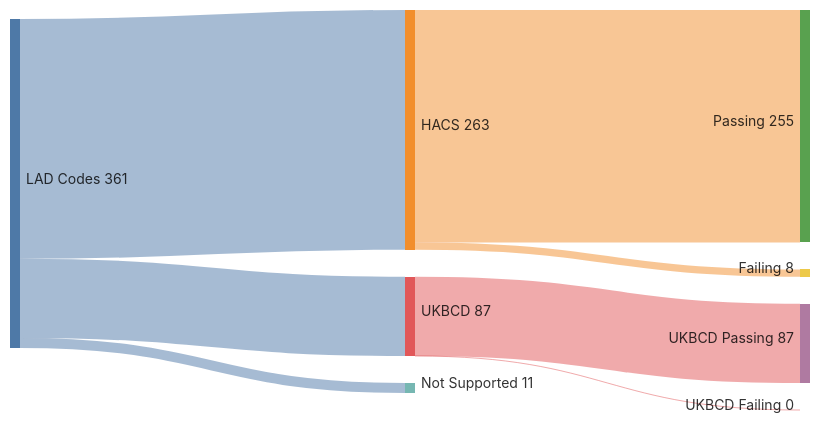
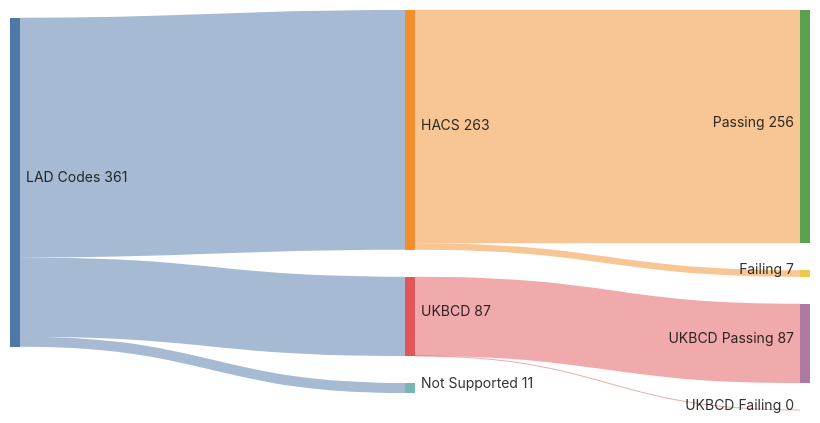
Before and after one commit to cmbsteinberg/ukbinday: the diagram in README.md, drawn with Mermaid. The commit also changed 9 other files, not shown here.

````diff
--- a/README.md
+++ b/README.md
@@ -11,21 +11,21 @@
 ```mermaid
 ---
 config:
   sankey:
     width: 800
     height: 400
     linkColor: source
     nodeAlignment: left
 ---
 sankey-beta
 
 "LAD Codes","HACS",263
 "LAD Codes","UKBCD",87
 "LAD Codes","Not Supported",11
 
-"HACS","Passing",255
-"HACS","Failing",8
+"HACS","Passing",256
+"HACS","Failing",7
 
 "UKBCD","UKBCD Passing",87
 "UKBCD","UKBCD Failing",0
 ```
````
